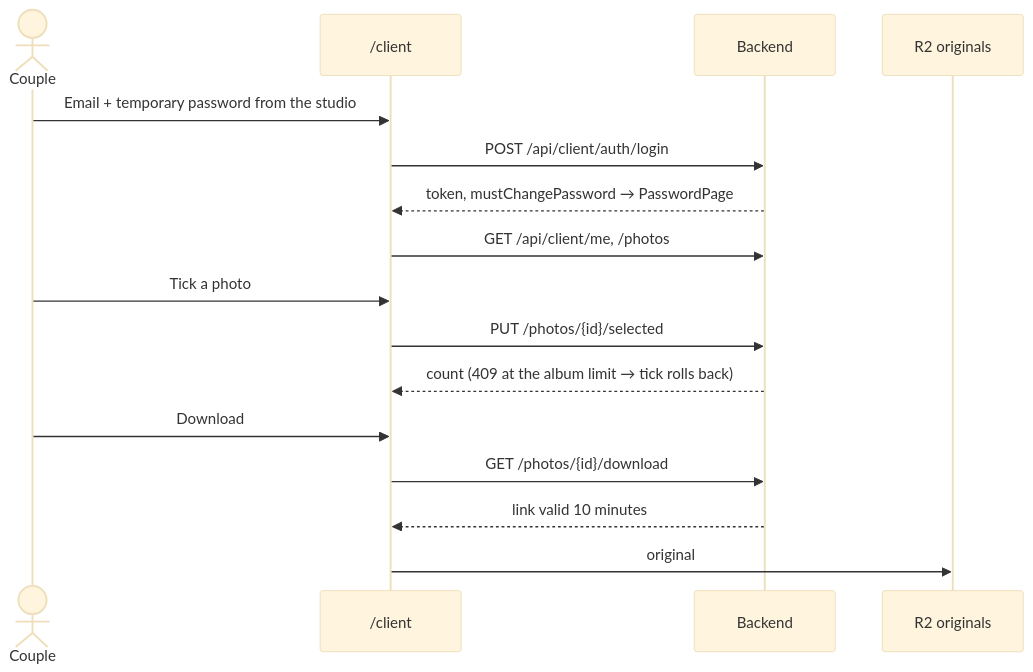
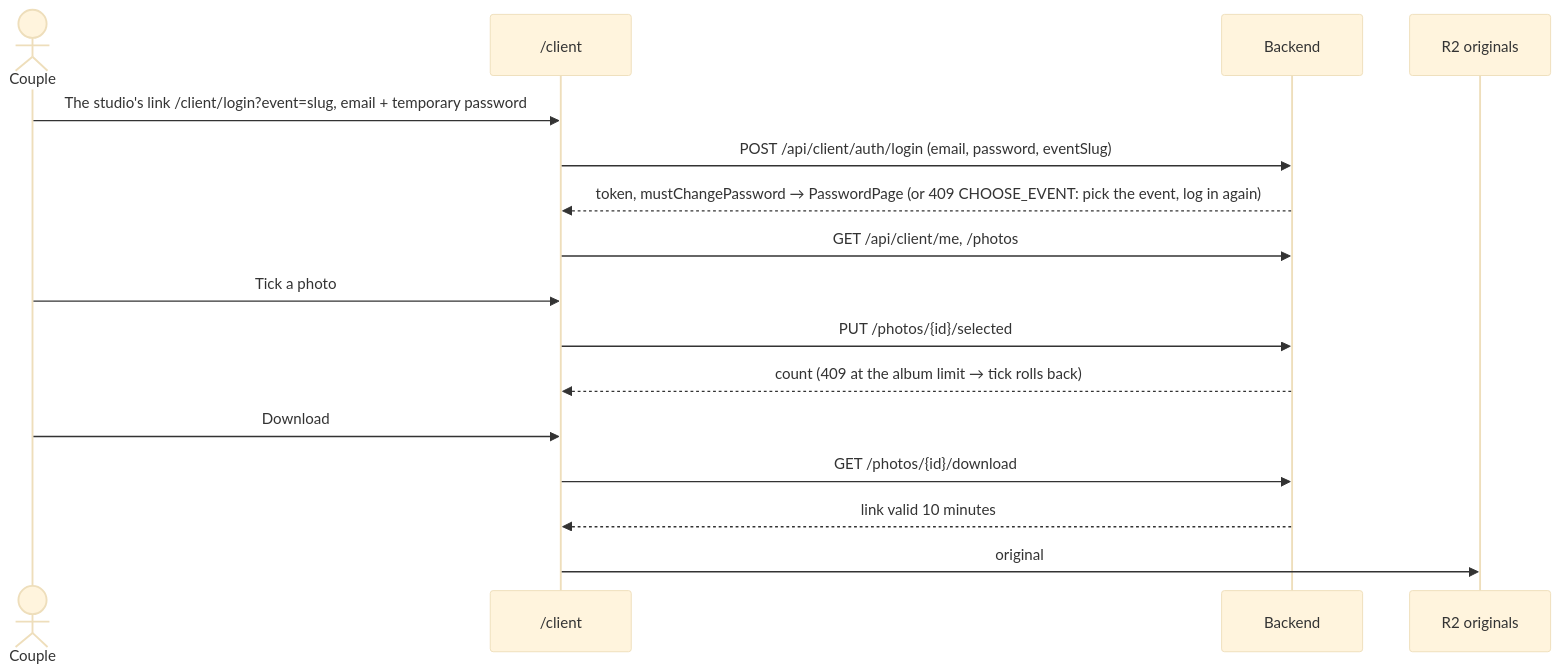
Before and after one commit to MugundhanG/mcreatik-instant-memories: the fifth of 6 diagrams in backend/src/main/resources/docs/journeys.md, drawn with Mermaid (base theme). The commit also changed other lines of this file and 30 other files, not shown here.

````diff
--- a/backend/src/main/resources/docs/journeys.md
+++ b/backend/src/main/resources/docs/journeys.md
@@ -108,18 +108,18 @@
 ```mermaid
 sequenceDiagram
   actor C as Couple
   participant UI as /client
   participant API as Backend
   participant R2 as R2 originals
-  C->>UI: Email + temporary password from the studio
-  UI->>API: POST /api/client/auth/login
-  API-->>UI: token, mustChangePassword → PasswordPage
+  C->>UI: The studio's link /client/login?event=slug, email + temporary password
+  UI->>API: POST /api/client/auth/login (email, password, eventSlug)
+  API-->>UI: token, mustChangePassword → PasswordPage (or 409 CHOOSE_EVENT: pick the event, log in again)
   UI->>API: GET /api/client/me, /photos
   C->>UI: Tick a photo
   UI->>API: PUT /photos/{id}/selected
   API-->>UI: count (409 at the album limit → tick rolls back)
   C->>UI: Download
   UI->>API: GET /photos/{id}/download
   API-->>UI: link valid 10 minutes
   UI->>R2: original
 ```
````
